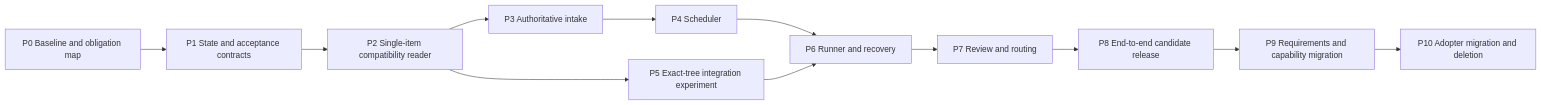
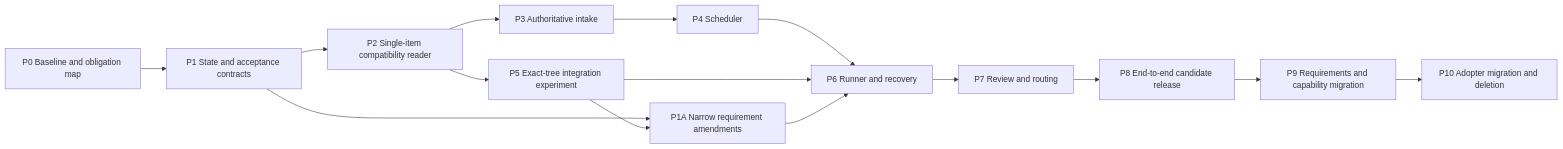
One commit to diytechy/ai-template changed the diagram in docs/ai-template-redesign-2026-09-05-codex/IMPLEMENTATION.md. Above: the diagram before and after it, drawn with Mermaid. The commit also changed other lines of this file and 5 other files, not shown here.

````diff
--- a/docs/ai-template-redesign-2026-09-05-codex/IMPLEMENTATION.md
+++ b/docs/ai-template-redesign-2026-09-05-codex/IMPLEMENTATION.md
@@ -45,14 +45,17 @@
 ```mermaid
 flowchart LR
     P0[P0 Baseline and obligation map] --> P1[P1 State and acceptance contracts]
+    P1 --> PA[P1A Narrow requirement amendments]
     P1 --> P2[P2 Single-item compatibility reader]
     P2 --> P3[P3 Authoritative intake]
     P3 --> P4[P4 Scheduler]
     P2 --> P5[P5 Exact-tree integration experiment]
     P4 --> P6[P6 Runner and recovery]
+    P5 --> PA
     P5 --> P6
+    PA --> P6
     P6 --> P7[P7 Review and routing]
     P7 --> P8[P8 End-to-end candidate release]
     P8 --> P9[P9 Requirements and capability migration]
     P9 --> P10[P10 Adopter migration and deletion]
 ```
````
